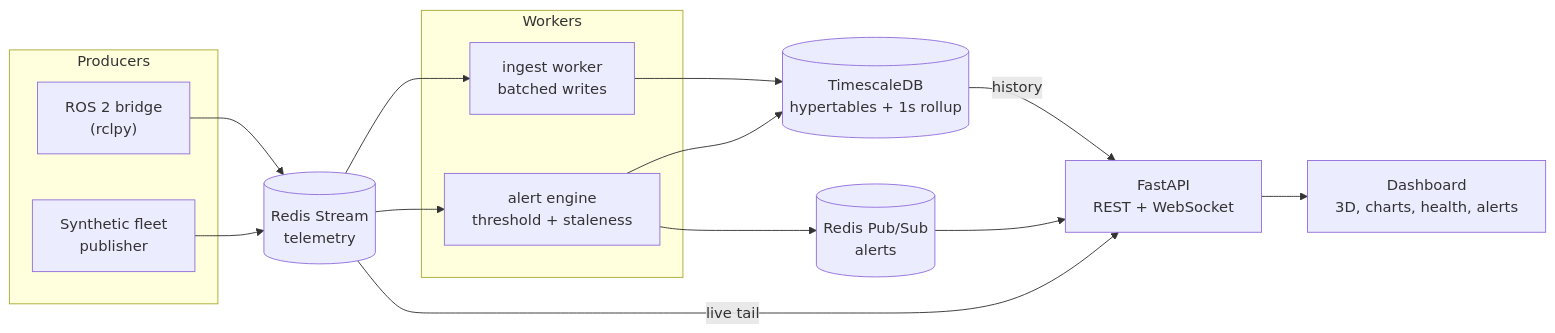
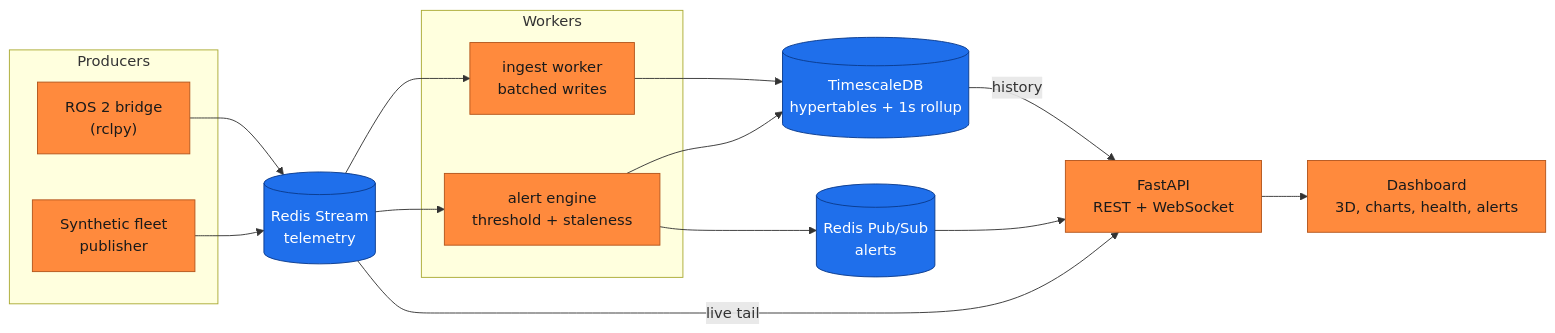
The first of 2 diagrams in README.md (ATemova/ros-scope), drawn with Mermaid before and after one commit. The commit also changed other lines of this file, not shown here.

Commit message:
Updated readme file with mermaid graphs

````diff
--- a/README.md
+++ b/README.md
@@ -32,28 +32,33 @@
 ```mermaid
 flowchart LR
     subgraph Producers
         bridge["ROS 2 bridge<br/>(rclpy)"]
         sim["Synthetic fleet<br/>publisher"]
     end
     subgraph Workers
         ingest["ingest worker<br/>batched writes"]
         alerts["alert engine<br/>threshold + staleness"]
     end
     stream[("Redis Stream<br/>telemetry")]
     db[("TimescaleDB<br/>hypertables + 1s rollup")]
     pubsub[("Redis Pub/Sub<br/>alerts")]
     api["FastAPI<br/>REST + WebSocket"]
     dash["Dashboard<br/>3D, charts, health, alerts"]
 
     bridge --> stream
     sim --> stream
     stream --> ingest
     stream --> alerts
     ingest --> db
     alerts --> db
     alerts --> pubsub
     db -->|history| api
     stream -->|live tail| api
     pubsub --> api
     api --> dash
+
+    classDef store fill:#1f6feb,stroke:#0a3a8c,stroke-width:1px,color:#ffffff;
+    classDef svc fill:#ff8a3d,stroke:#b3551c,stroke-width:1px,color:#1a1a1a;
+    class stream,db,pubsub store;
+    class bridge,sim,ingest,alerts,api,dash svc;
 ```
````
